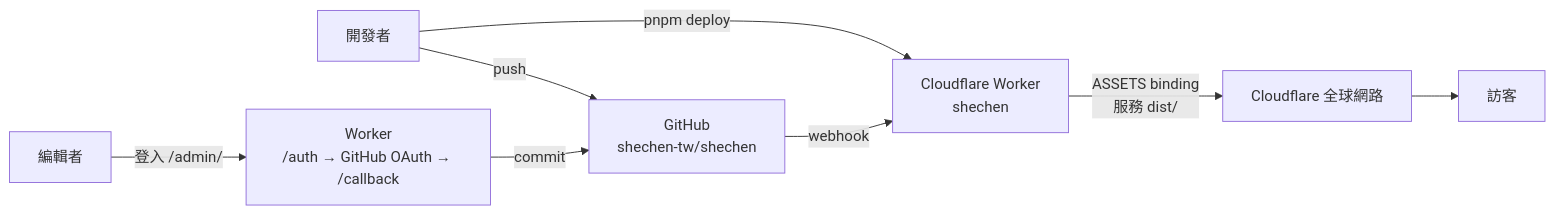
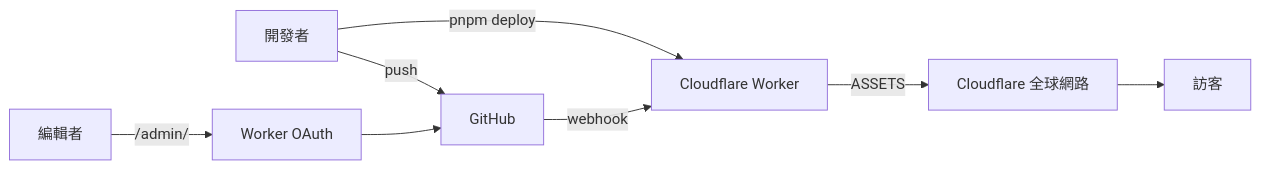
One commit to shechen-tw/shechen changed the diagram in README.md. Above: the diagram before and after it, drawn with Mermaid. The commit also changed other lines of this file and 7 other files, not shown here.

````diff
--- a/README.md
+++ b/README.md
@@ -57,10 +17,10 @@
 ```mermaid
 flowchart LR
-  dev["開發者"] -->|push| gh["GitHub<br/>shechen-tw/shechen"]
-  dev -->|"pnpm deploy"| wrk["Cloudflare Worker<br/>shechen"]
+  dev["開發者"] -->|push| gh["GitHub"]
+  dev -->|"pnpm deploy"| wrk["Cloudflare Worker"]
   gh -->|webhook| wrk
-  wrk -->|"ASSETS binding<br/>服務 dist/"| edge["Cloudflare 全球網路"]
-  editor["編輯者"] -->|登入 /admin/| oauth["Worker<br/>/auth → GitHub OAuth → /callback"]
-  oauth -->|commit| gh
+  wrk -->|ASSETS| edge["Cloudflare 全球網路"]
+  editor["編輯者"] -->|"/admin/"| oauth["Worker OAuth"]
+  oauth --> gh
   edge --> visitor["訪客"]
 ```
````
